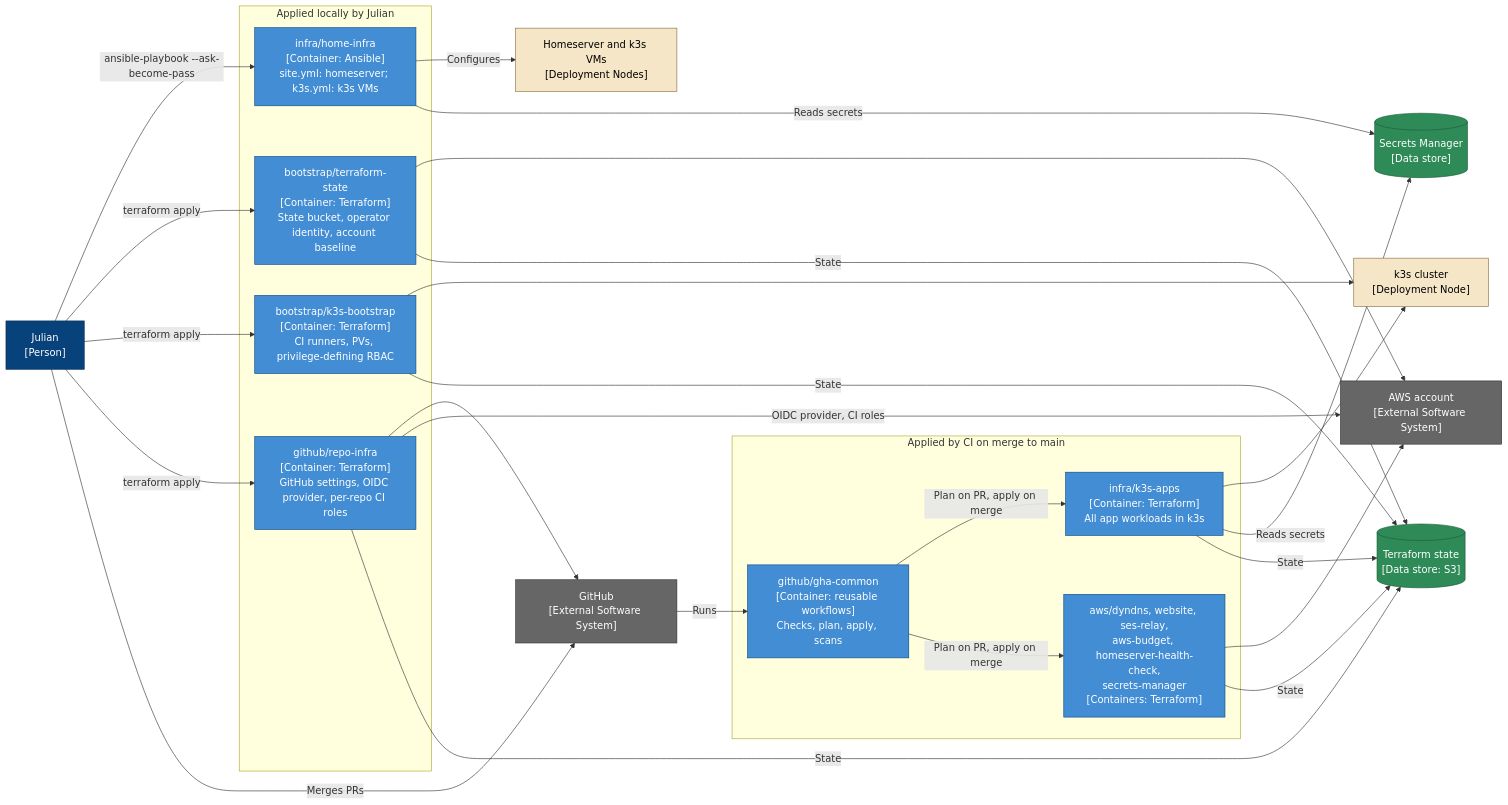
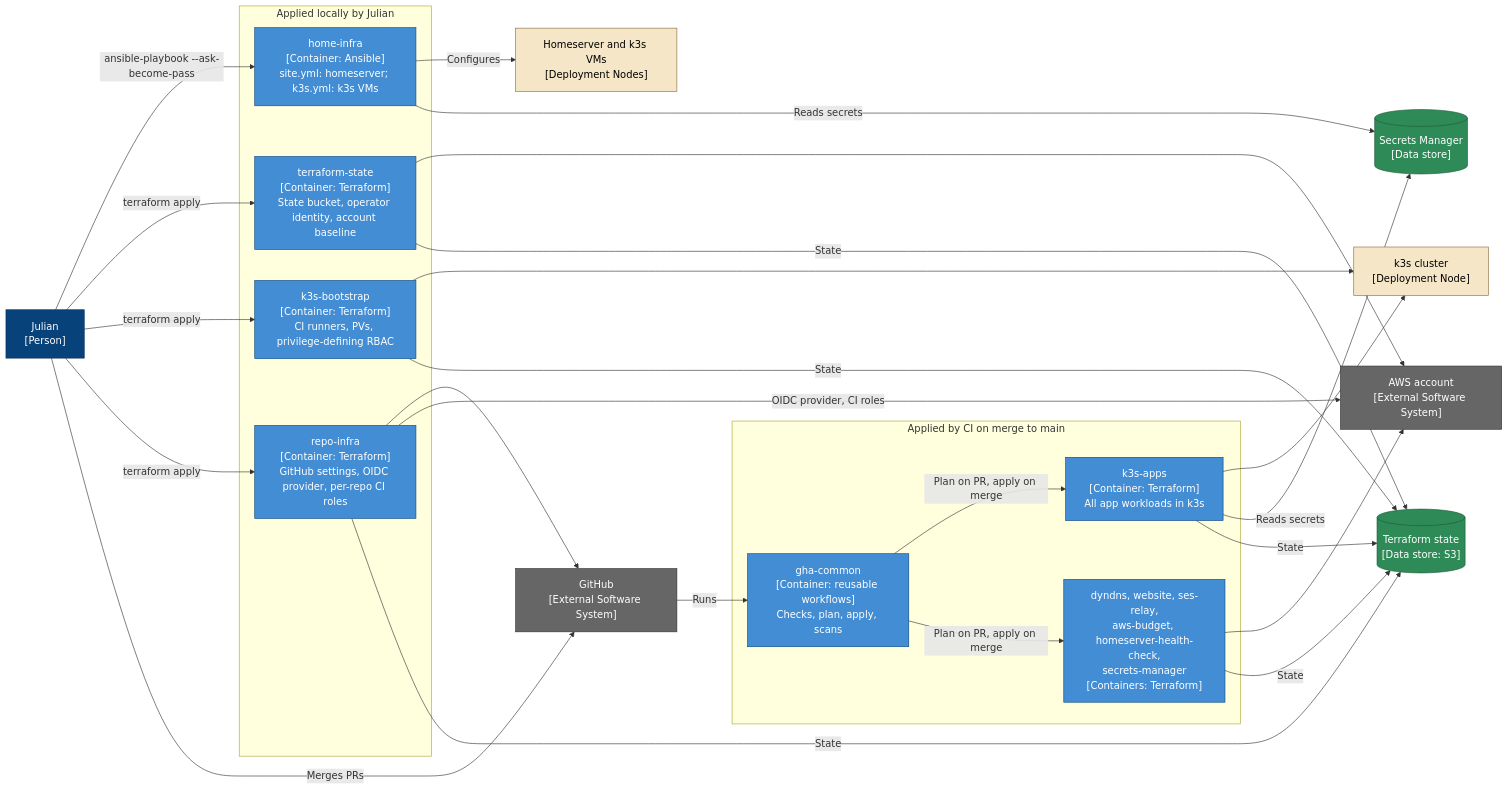
One commit to KandlerLi/home-infra-docs changed the diagram in docs/architecture/current/component-home-infra.md. Above: the diagram before and after it, drawn with Mermaid. The commit also changed other lines of this file and 51 other files, not shown here.

First line of the commit message:
Use GitHub references instead of local workspace paths (#15)

````diff
--- a/docs/architecture/current/component-home-infra.md
+++ b/docs/architecture/current/component-home-infra.md
@@ -8,51 +8,51 @@
 ```mermaid
 flowchart LR
     julian["Julian<br/>[Person]"]
 
     subgraph local["Applied locally by Julian"]
-        ansible["infra/home-infra<br/>[Container: Ansible]<br/>site.yml: homeserver; k3s.yml: k3s VMs"]
-        tfstate["bootstrap/terraform-state<br/>[Container: Terraform]<br/>State bucket, operator identity, account baseline"]
-        k3sboot["bootstrap/k3s-bootstrap<br/>[Container: Terraform]<br/>CI runners, PVs, privilege-defining RBAC"]
-        repoinfra["github/repo-infra<br/>[Container: Terraform]<br/>GitHub settings, OIDC provider, per-repo CI roles"]
+        ansible["home-infra<br/>[Container: Ansible]<br/>site.yml: homeserver; k3s.yml: k3s VMs"]
+        tfstate["terraform-state<br/>[Container: Terraform]<br/>State bucket, operator identity, account baseline"]
+        k3sboot["k3s-bootstrap<br/>[Container: Terraform]<br/>CI runners, PVs, privilege-defining RBAC"]
+        repoinfra["repo-infra<br/>[Container: Terraform]<br/>GitHub settings, OIDC provider, per-repo CI roles"]
     end
 
     subgraph ci["Applied by CI on merge to main"]
-        k3sapps["infra/k3s-apps<br/>[Container: Terraform]<br/>All app workloads in k3s"]
-        awsrepos["aws/dyndns, website, ses-relay,<br/>aws-budget, homeserver-health-check,<br/>secrets-manager<br/>[Containers: Terraform]"]
-        gha["github/gha-common<br/>[Container: reusable workflows]<br/>Checks, plan, apply, scans"]
+        k3sapps["k3s-apps<br/>[Container: Terraform]<br/>All app workloads in k3s"]
+        awsrepos["dyndns, website, ses-relay,<br/>aws-budget, homeserver-health-check,<br/>secrets-manager<br/>[Containers: Terraform]"]
+        gha["gha-common<br/>[Container: reusable workflows]<br/>Checks, plan, apply, scans"]
     end
 
     homeserver["Homeserver and k3s VMs<br/>[Deployment Nodes]"]
     cluster["k3s cluster<br/>[Deployment Node]"]
     awsn["AWS account<br/>[External Software System]"]
     githubn["GitHub<br/>[External Software System]"]
     state[("Terraform state<br/>[Data store: S3]")]
     secrets[("Secrets Manager<br/>[Data store]")]
 
     julian -->|"ansible-playbook --ask-become-pass"| ansible
     julian -->|"terraform apply"| tfstate & k3sboot & repoinfra
     julian -->|"Merges PRs"| githubn
     githubn -->|"Runs"| gha
     gha -->|"Plan on PR, apply on merge"| k3sapps & awsrepos
     ansible -->|"Configures"| homeserver
     ansible -->|"Reads secrets"| secrets
     k3sboot --> cluster
     k3sapps --> cluster
     k3sapps -->|"Reads secrets"| secrets
     repoinfra --> githubn
     repoinfra -->|"OIDC provider, CI roles"| awsn
     awsrepos --> awsn
     tfstate --> awsn
     tfstate & k3sboot & repoinfra & k3sapps & awsrepos -->|"State"| state
 
     classDef person fill:#08427b,color:#fff,stroke:#052e56
     classDef external fill:#666,color:#fff,stroke:#333
     classDef container fill:#438dd5,color:#fff,stroke:#0b4884
     classDef datastore fill:#2e8b57,color:#fff,stroke:#1d5c3a
     classDef node fill:#f5e6c8,color:#000,stroke:#8a6d3b
     class julian person
     class awsn,githubn external
     class ansible,tfstate,k3sboot,repoinfra,k3sapps,awsrepos,gha container
     class state,secrets datastore
     class homeserver,cluster node
 ```
````
